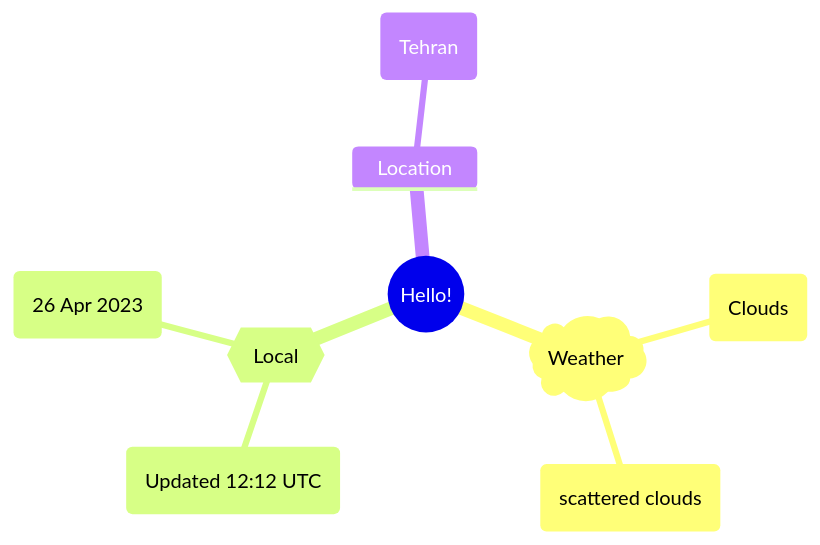
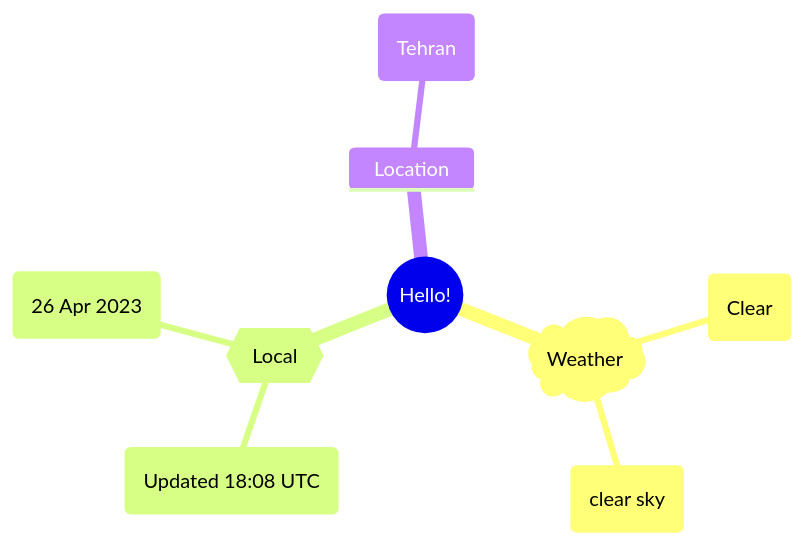
One commit to Xosrov/Xosrov changed the first of 2 diagrams in README.md. Above: the diagram before and after it, drawn with Mermaid.

Commit message:
[bot] updated images

````diff
--- a/README.md
+++ b/README.md
@@ -3,12 +3,12 @@
 ```mermaid
 mindmap
   root((Hello!))
     )Weather(
-        (Clouds)
-        (scattered clouds)
+        (Clear)
+        (clear sky)
     {{Local}}
-        (Updated 12:12 UTC)
+        (Updated 18:08 UTC)
         (26 Apr 2023)
     Location
         (Tehran)
 ```
````
